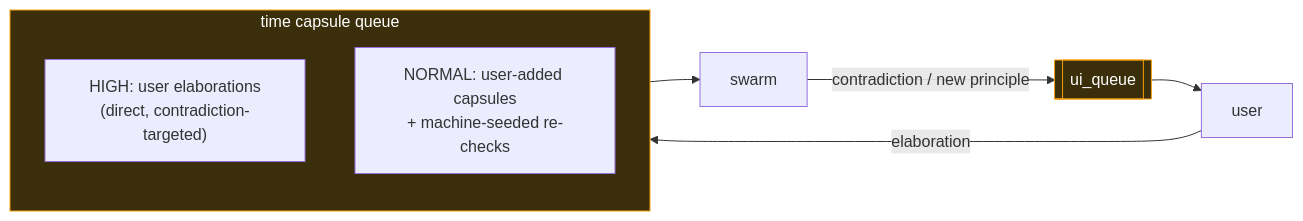
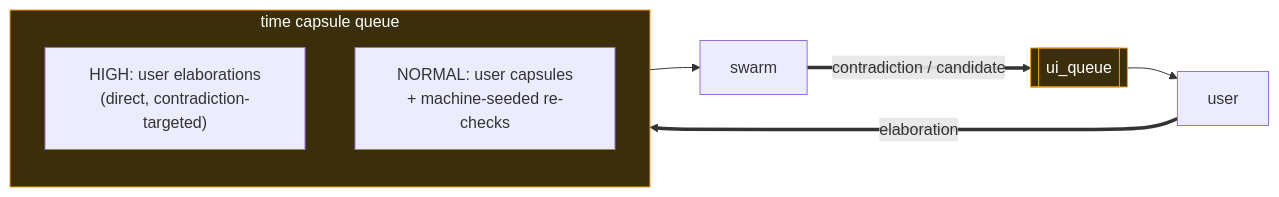
One commit to aaryan-rampal/scaling-octo-fortnight changed the sixth of 7 diagrams in design/TIME_CAPSULE_FLYWHEEL.md. Above: the diagram before and after it, drawn with Mermaid. The commit also changed other lines of this file, not shown here.

````diff
--- a/design/TIME_CAPSULE_FLYWHEEL.md
+++ b/design/TIME_CAPSULE_FLYWHEEL.md
@@ -139,15 +472,15 @@
 ```mermaid
 flowchart LR
     subgraph IN["time capsule queue"]
         direction TB
         H["HIGH: user elaborations<br/>(direct, contradiction-targeted)"]
-        N["NORMAL: user-added capsules<br/>+ machine-seeded re-checks"]
+        N["NORMAL: user capsules<br/>+ machine-seeded re-checks"]
     end
     IN --> S["swarm"]
-    S -->|contradiction / new principle| OUT[["ui_queue"]]
+    S == "contradiction / candidate" ==> OUT[["ui_queue"]]
     OUT --> U["user"]
-    U -->|elaboration| H
+    U == "elaboration" ==> H
 
     classDef q fill:#3b2f0b,stroke:#f59e0b,color:#fff;
     class IN,OUT q;
 ```
````
